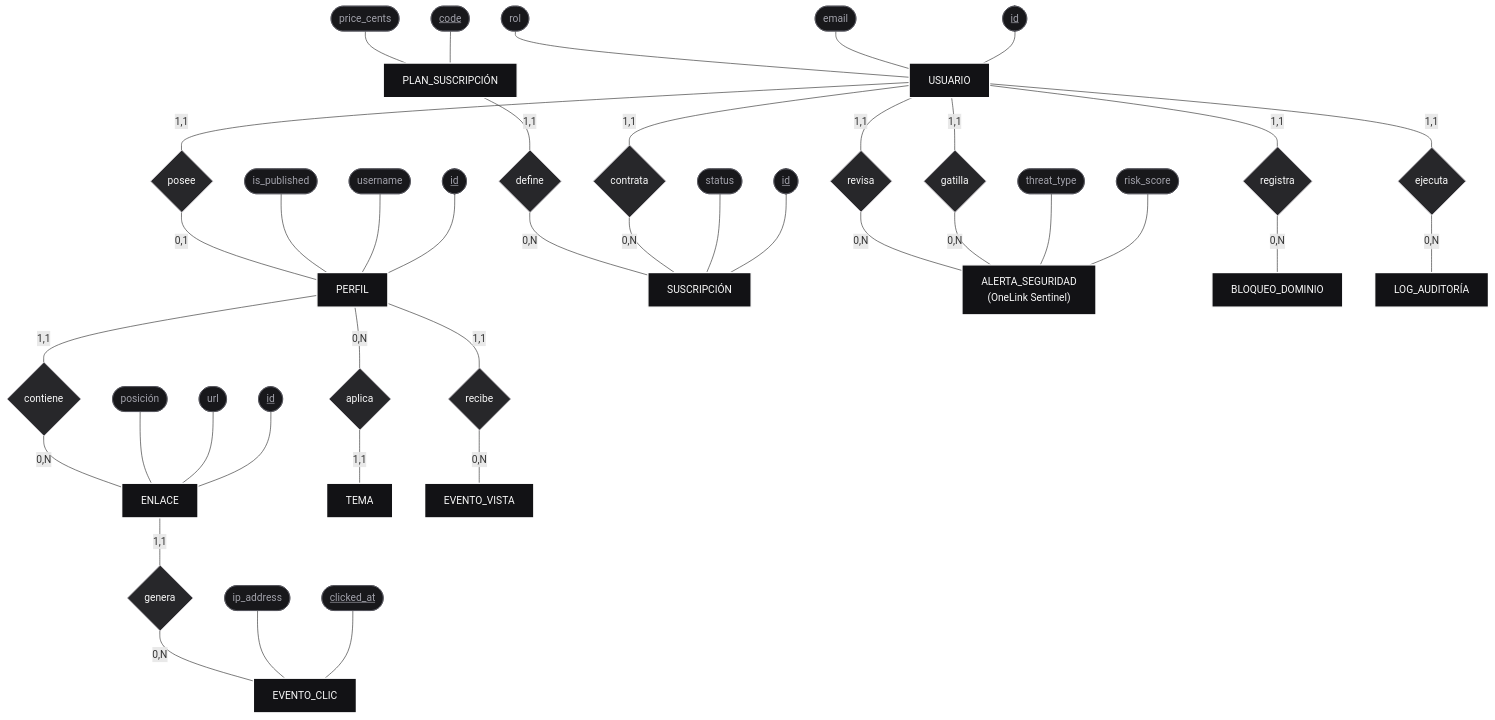
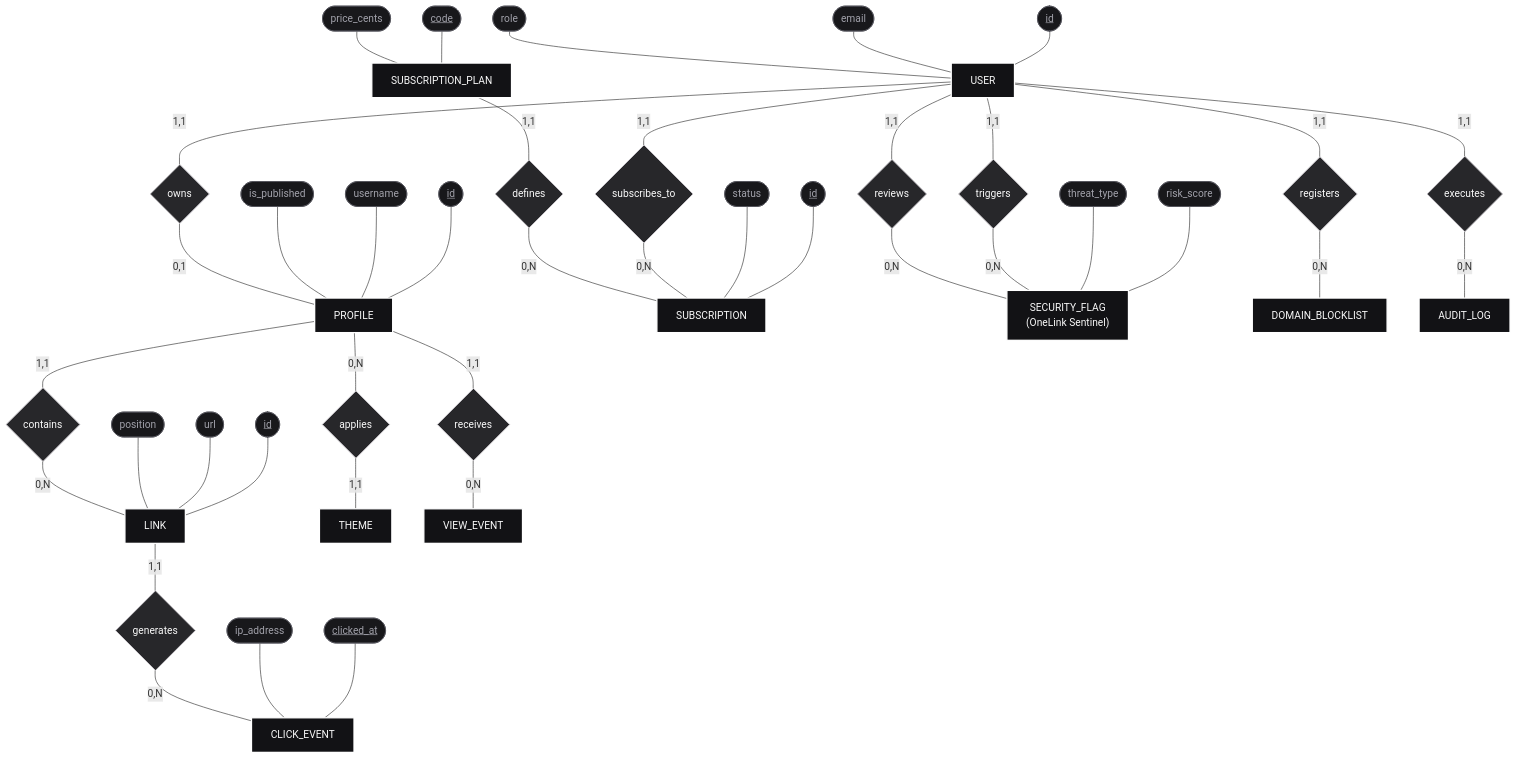
Before and after one commit to iamcristian/onelink-saas: the first of 3 diagrams in docs/architecture/database-design.md, drawn with Mermaid. The commit also changed other lines of this file and 2 other files, not shown here.

Commit message:
docs: standardize all architecture and UI/UX documentation to 100% English

````diff
--- a/docs/architecture/database-design.md
+++ b/docs/architecture/database-design.md
@@ -55,70 +55,70 @@
 ```mermaid
 flowchart TD
     classDef entity fill:#121215,stroke:#ffffff,stroke-width:2px,color:#fafafa;
     classDef relation fill:#27272a,stroke:#c8c5ca,stroke-width:1.5px,color:#fafafa;
     classDef attribute fill:#18181b,stroke:#52525b,stroke-width:1px,color:#a1a1aa;
 
-    %% ================= ENTIDADES PRINCIPALES =================
-    E_USER["USUARIO"]:::entity
-    E_PROFILE["PERFIL"]:::entity
-    E_LINK["ENLACE"]:::entity
-    E_THEME["TEMA"]:::entity
-    E_PLAN["PLAN_SUSCRIPCIÓN"]:::entity
-    E_SUB["SUSCRIPCIÓN"]:::entity
-    E_FLAG["ALERTA_SEGURIDAD<br/>(OneLink Sentinel)"]:::entity
-    E_BLOCK["BLOQUEO_DOMINIO"]:::entity
-    E_AUDIT["LOG_AUDITORÍA"]:::entity
-    E_CLICK["EVENTO_CLIC"]:::entity
-    E_VIEW["EVENTO_VISTA"]:::entity
+    %% ================= MAIN DOMAIN ENTITIES =================
+    E_USER["USER"]:::entity
+    E_PROFILE["PROFILE"]:::entity
+    E_LINK["LINK"]:::entity
+    E_THEME["THEME"]:::entity
+    E_PLAN["SUBSCRIPTION_PLAN"]:::entity
+    E_SUB["SUBSCRIPTION"]:::entity
+    E_FLAG["SECURITY_FLAG<br/>(OneLink Sentinel)"]:::entity
+    E_BLOCK["DOMAIN_BLOCKLIST"]:::entity
+    E_AUDIT["AUDIT_LOG"]:::entity
+    E_CLICK["CLICK_EVENT"]:::entity
+    E_VIEW["VIEW_EVENT"]:::entity
 
-    %% ================= RELACIONES (ROMBOS) =================
-    R_HAS{"posee"}:::relation
-    R_CONTAINS{"contiene"}:::relation
-    R_APPLIES{"aplica"}:::relation
-    R_SUBSCRIBES{"contrata"}:::relation
-    R_DEFINES{"define"}:::relation
-    R_TRIGGERS{"gatilla"}:::relation
-    R_REVIEWS{"revisa"}:::relation
-    R_EXECUTES{"ejecuta"}:::relation
-    R_BLOCKS{"registra"}:::relation
-    R_GEN_C{"genera"}:::relation
-    R_GEN_V{"recibe"}:::relation
+    %% ================= SEMANTIC RELATIONSHIPS (DIAMONDS) =================
+    R_HAS{"owns"}:::relation
+    R_CONTAINS{"contains"}:::relation
+    R_APPLIES{"applies"}:::relation
+    R_SUBSCRIBES{"subscribes_to"}:::relation
+    R_DEFINES{"defines"}:::relation
+    R_TRIGGERS{"triggers"}:::relation
+    R_REVIEWS{"reviews"}:::relation
+    R_EXECUTES{"executes"}:::relation
+    R_BLOCKS{"registers"}:::relation
+    R_GEN_C{"generates"}:::relation
+    R_GEN_V{"receives"}:::relation
 
-    %% ================= ATRIBUTOS CLAVE (ÓVALOS) =================
+    %% ================= KEY ATTRIBUTES (OVALS) =================
     A_U1(["<u>id</u>"]):::attribute --- E_USER
     A_U2(["email"]):::attribute --- E_USER
-    A_U3(["rol"]):::attribute --- E_USER
+    A_U3(["role"]):::attribute --- E_USER
 
     A_P1(["<u>id</u>"]):::attribute --- E_PROFILE
     A_P2(["username"]):::attribute --- E_PROFILE
     A_P3(["is_published"]):::attribute --- E_PROFILE
 
     A_L1(["<u>id</u>"]):::attribute --- E_LINK
     A_L2(["url"]):::attribute --- E_LINK
-    A_L3(["posición"]):::attribute --- E_LINK
+    A_L3(["position"]):::attribute --- E_LINK
 
     A_PL1(["<u>code</u>"]):::attribute --- E_PLAN
     A_PL2(["price_cents"]):::attribute --- E_PLAN
 
     A_S1(["<u>id</u>"]):::attribute --- E_SUB
     A_S2(["status"]):::attribute --- E_SUB
 
     A_F1(["risk_score"]):::attribute --- E_FLAG
     A_F2(["threat_type"]):::attribute --- E_FLAG
 
     A_C1(["<u>clicked_at</u>"]):::attribute --- E_CLICK
     A_C2(["ip_address"]):::attribute --- E_CLICK
 
-    %% ================= CONEXIONES CON CARDINALIDADES (CHEN) =================
+    %% ================= CHEN CARDINALITY CONNECTIONS =================
     E_USER ---|1,1| R_HAS ---|0,1| E_PROFILE
     E_PROFILE ---|1,1| R_CONTAINS ---|0,N| E_LINK
     E_PROFILE ---|0,N| R_APPLIES ---|1,1| E_THEME
     E_USER ---|1,1| R_SUBSCRIBES ---|0,N| E_SUB
     E_PLAN ---|1,1| R_DEFINES ---|0,N| E_SUB
     E_USER ---|1,1| R_TRIGGERS ---|0,N| E_FLAG
     E_USER ---|1,1| R_REVIEWS ---|0,N| E_FLAG
     E_USER ---|1,1| R_EXECUTES ---|0,N| E_AUDIT
     E_USER ---|1,1| R_BLOCKS ---|0,N| E_BLOCK
     E_LINK ---|1,1| R_GEN_C ---|0,N| E_CLICK
     E_PROFILE ---|1,1| R_GEN_V ---|0,N| E_VIEW
 ```
````
